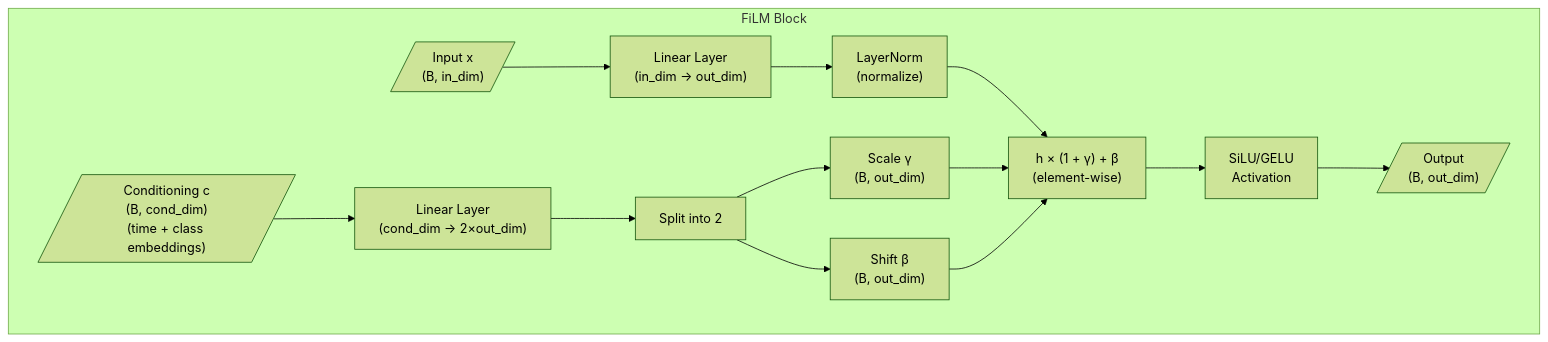
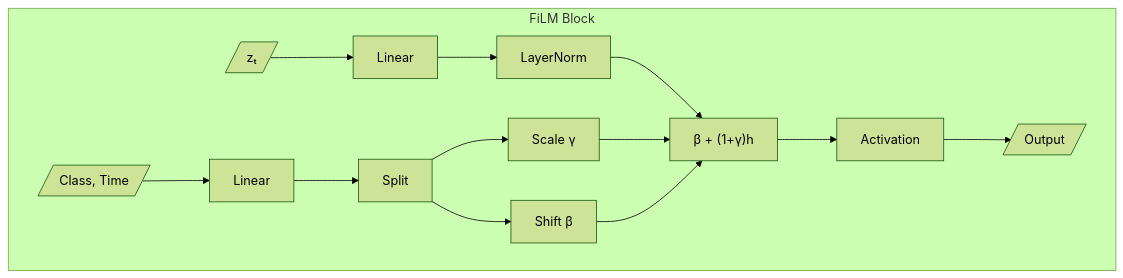
The fourth of 4 diagrams in code/models/latentdiff/lion.md (rakeshvar/penrose_diffusion), drawn with Mermaid (forest theme) before and after one commit. The commit also changed other lines of this file and 2 other files, not shown here.

Commit message:
FiLM  zero init

````diff
--- a/code/models/latentdiff/lion.md
+++ b/code/models/latentdiff/lion.md
@@ -126,22 +113,22 @@
 ```mermaid
 graph TB
     subgraph "FiLM Block"
-        Input[/"Input x<br/>(B, in_dim)"/]
-        Cond[/"Conditioning c<br/>(B, cond_dim)<br/>(time + class embeddings)"/]
+        Input[/"zₜ"/]
+        Cond[/"Class, Time"/]
 
-        Input --> Linear["Linear Layer<br/>(in_dim → out_dim)"]
-        Linear --> Norm["LayerNorm<br/>(normalize)"]
+        Input --> Linear["Linear "]
+        Linear --> Norm["LayerNorm"]
 
-        Cond --> FiLMNet["Linear Layer<br/>(cond_dim → 2×out_dim)"]
-        FiLMNet --> Split["Split into 2"]
-        Split --> Scale["Scale γ<br/>(B, out_dim)"]
-        Split --> Shift["Shift β<br/>(B, out_dim)"]
+        Cond --> FiLMNet["Linear"]
+        FiLMNet --> Split["Split"]
+        Split --> Scale["Scale γ"]
+        Split --> Shift["Shift β"]
 
-        Norm --> Modulate["h × (1 + γ) + β<br/>(element-wise)"]
+        Norm --> Modulate["β + (1+γ)h"]
         Scale --> Modulate
         Shift --> Modulate
 
-        Modulate --> Act["SiLU/GELU<br/>Activation"]
-        Act --> Output[/"Output<br/>(B, out_dim)"/]
+        Modulate --> Act["Activation"]
+        Act --> Output[/"Output"/]
     end
 ```
````
